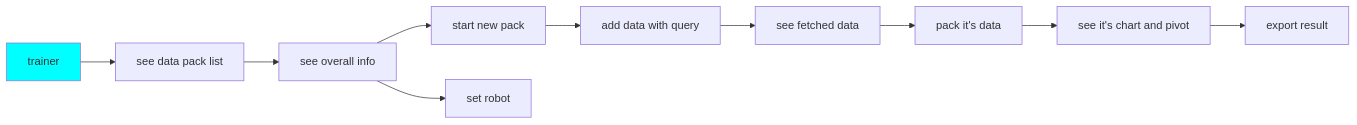
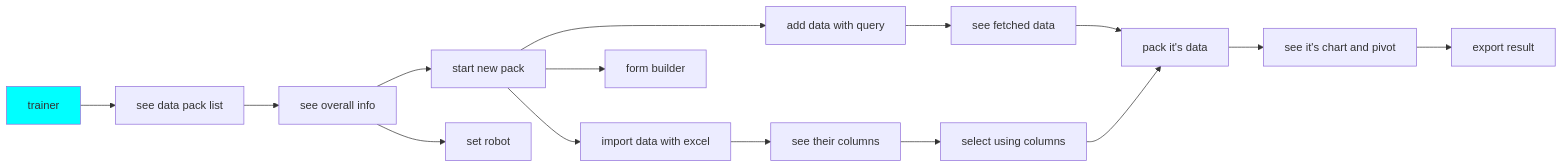
One commit to imiiii/Wiki-For-ML-Project changed the fourth of 4 diagrams in Test/SubPage.md. Above: the diagram before and after it, drawn with Mermaid.

Commit message:
Updated SubPage

```diff
--- a/Test/SubPage.md
+++ b/Test/SubPage.md
@@ -64,7 +64,9 @@
 ::: mermaid
  graph LR;
 style xd1 fill:#00FFFF
 
 xd1[trainer] --> xd2[see data pack list] --> xd3[see overall info] --> xd4[start new pack] --> xd6[add data with query] --> xd7[see fetched data] --> xd8[pack it's data] --> xd9[see it's chart and pivot] --> xd10[export result]
 xd3--> xd5[set robot]
+xd4 --> xd11[import data with excel] --> xd12[see their columns] --> xd13[select using columns] --> xd8
+xd4 --> xd14[form builder]
 :::
```
